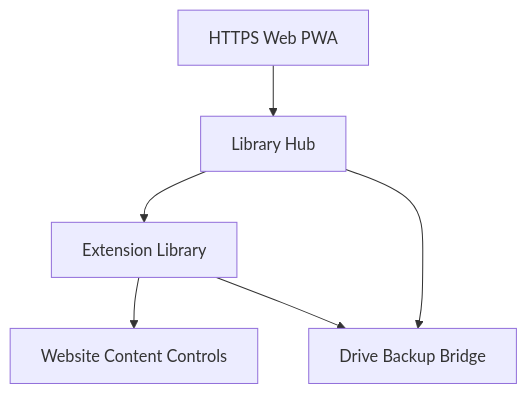
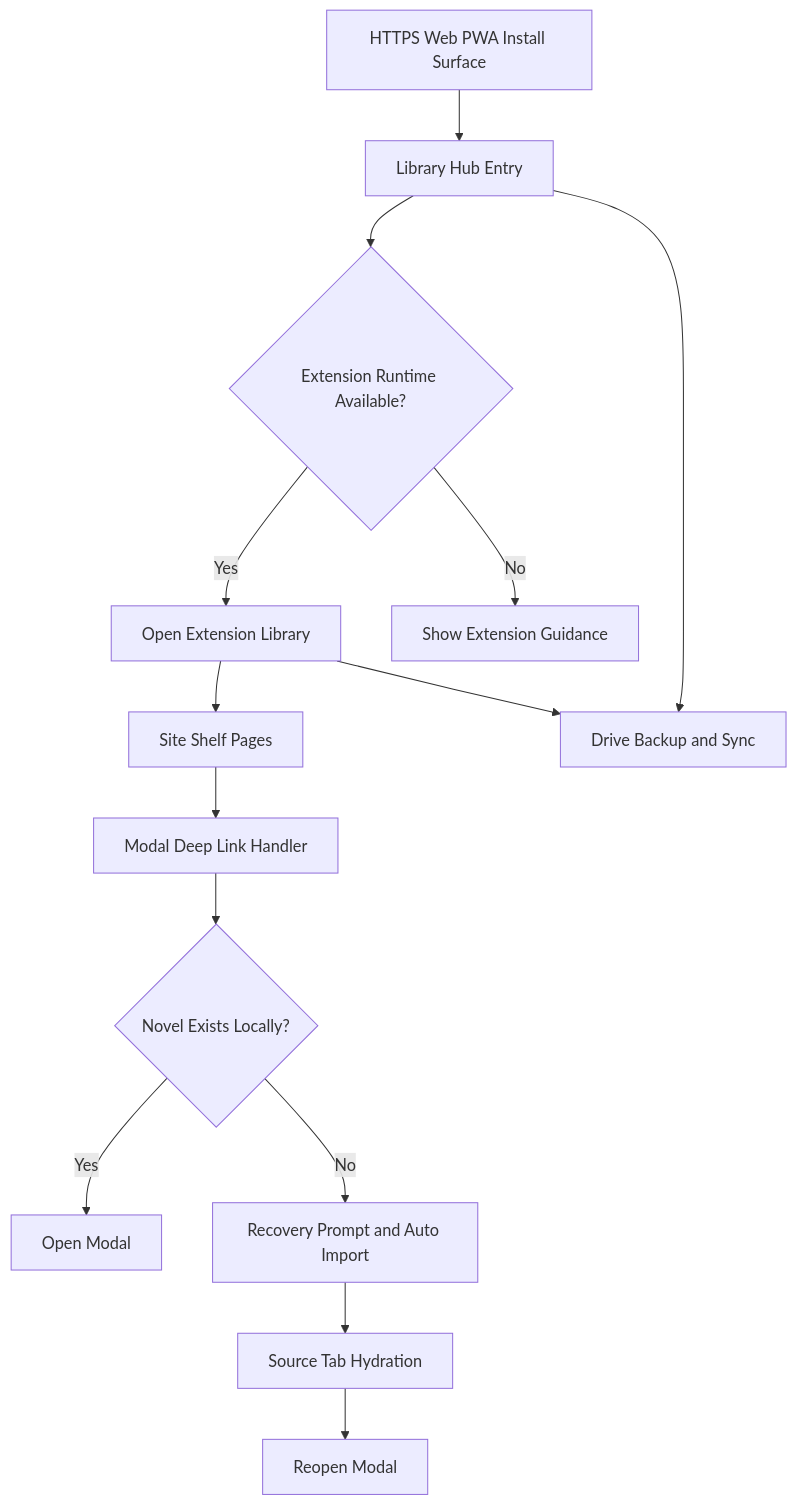
Before and after one commit to Life-Experimentalist/RanobeGemini: the second of 13 diagrams in docs/architecture/ARCHITECTURE.md, drawn with Mermaid. The commit also changed other lines of this file and 31 other files, not shown here.

````diff
--- a/docs/architecture/ARCHITECTURE.md
+++ b/docs/architecture/ARCHITECTURE.md
@@ -158,8 +158,16 @@
 ```mermaid
 graph TD
-    A[HTTPS Web PWA] --> B[Library Hub]
-    B --> C[Extension Library]
-    C --> D[Website Content Controls]
-    B --> E[Drive Backup Bridge]
-    C --> E
+    A[HTTPS Web PWA Install Surface] --> B[Library Hub Entry]
+    B --> C{Extension Runtime Available?}
+    C -->|Yes| D[Open Extension Library]
+    C -->|No| E[Show Extension Guidance]
+    D --> F[Site Shelf Pages]
+    F --> G[Modal Deep Link Handler]
+    G --> H{Novel Exists Locally?}
+    H -->|Yes| I[Open Modal]
+    H -->|No| J[Recovery Prompt and Auto Import]
+    J --> K[Source Tab Hydration]
+    K --> L[Reopen Modal]
+    D --> M[Drive Backup and Sync]
+    B --> M
 ```
````
